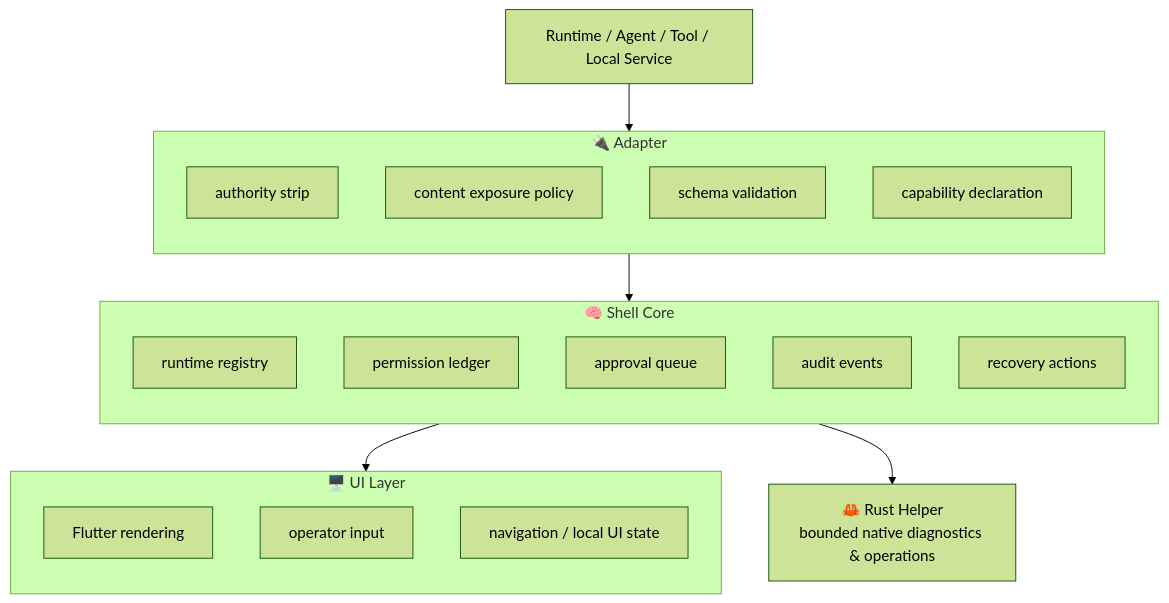
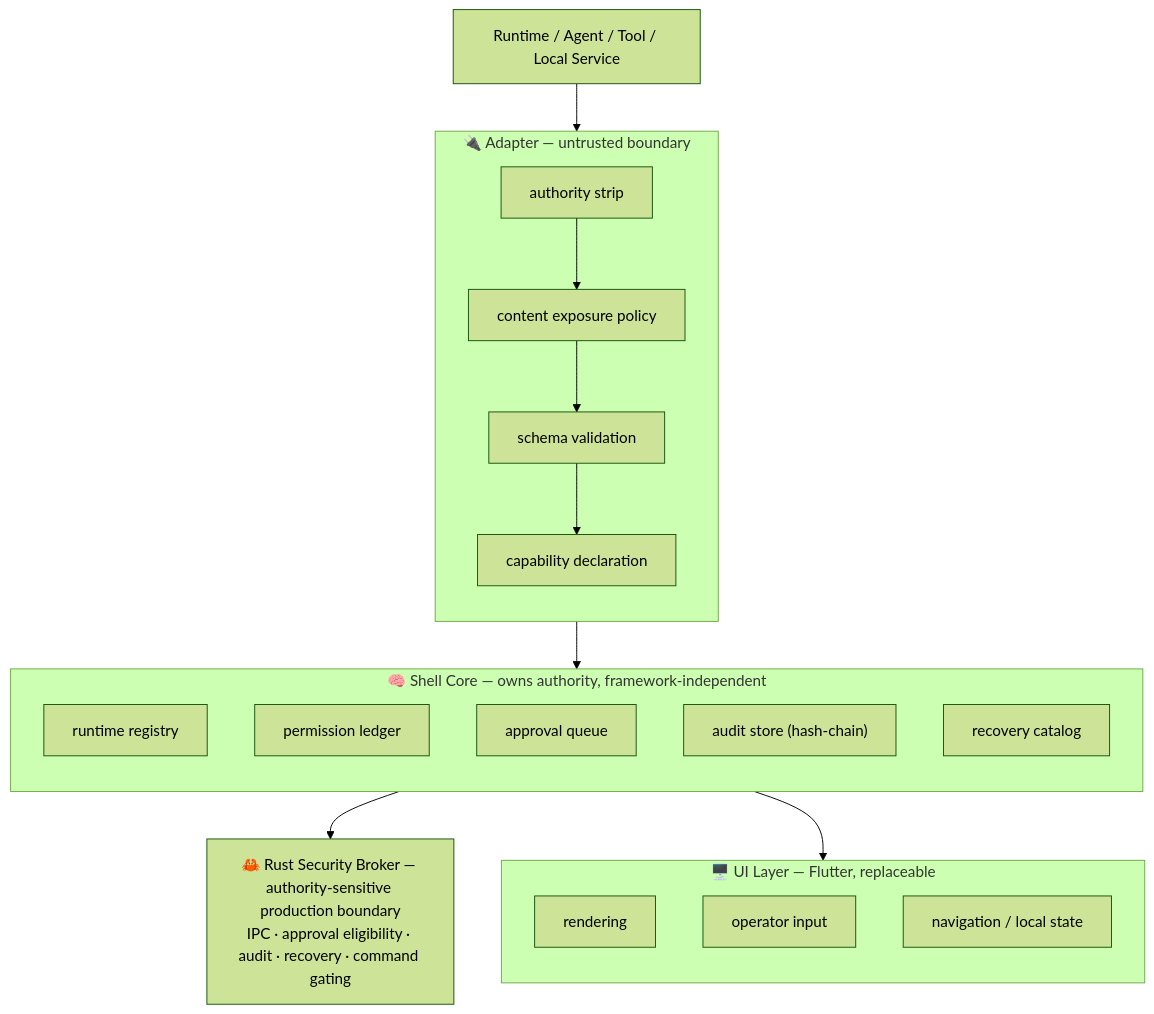
Before and after one commit to gatchimuchio/D4-POCKET: the diagram in README.md, drawn with Mermaid (forest theme). The commit also changed other lines of this file, not shown here.

````diff
--- a/README.md
+++ b/README.md
@@ -77,29 +97,31 @@
 ```mermaid
 flowchart TD
-    A["Runtime / Agent / Tool / Local Service"]
-    subgraph ADAPTER["🔌 Adapter"]
+    SRC["Runtime / Agent / Tool / Local Service"]
+    subgraph ADAPTER["🔌 Adapter — untrusted boundary"]
         direction TB
         A1["authority strip"]
         A2["content exposure policy"]
         A3["schema validation"]
         A4["capability declaration"]
+        A1 --> A2 --> A3 --> A4
     end
-    subgraph CORE["🧠 Shell Core"]
+    subgraph CORE["🧠 Shell Core — owns authority, framework-independent"]
         direction TB
         C1["runtime registry"]
         C2["permission ledger"]
         C3["approval queue"]
-        C4["audit events"]
-        C5["recovery actions"]
+        C4["audit store (hash-chain)"]
+        C5["recovery catalog"]
     end
-    subgraph UI["🖥️ UI Layer"]
+    BROKER["🦀 Rust Security Broker — authority-sensitive production boundary<br/>IPC · approval eligibility · audit · recovery · command gating"]
+    subgraph UI["🖥️ UI Layer — Flutter, replaceable"]
         direction TB
-        U1["Flutter rendering"]
+        U1["rendering"]
         U2["operator input"]
-        U3["navigation / local UI state"]
+        U3["navigation / local state"]
     end
-    R["🦀 Rust Helper<br/>bounded native diagnostics & operations"]
 
-    A --> ADAPTER --> CORE --> UI
-    CORE --> R
+    SRC --> ADAPTER --> CORE
+    CORE --> BROKER
+    CORE --> UI
 ```
````
